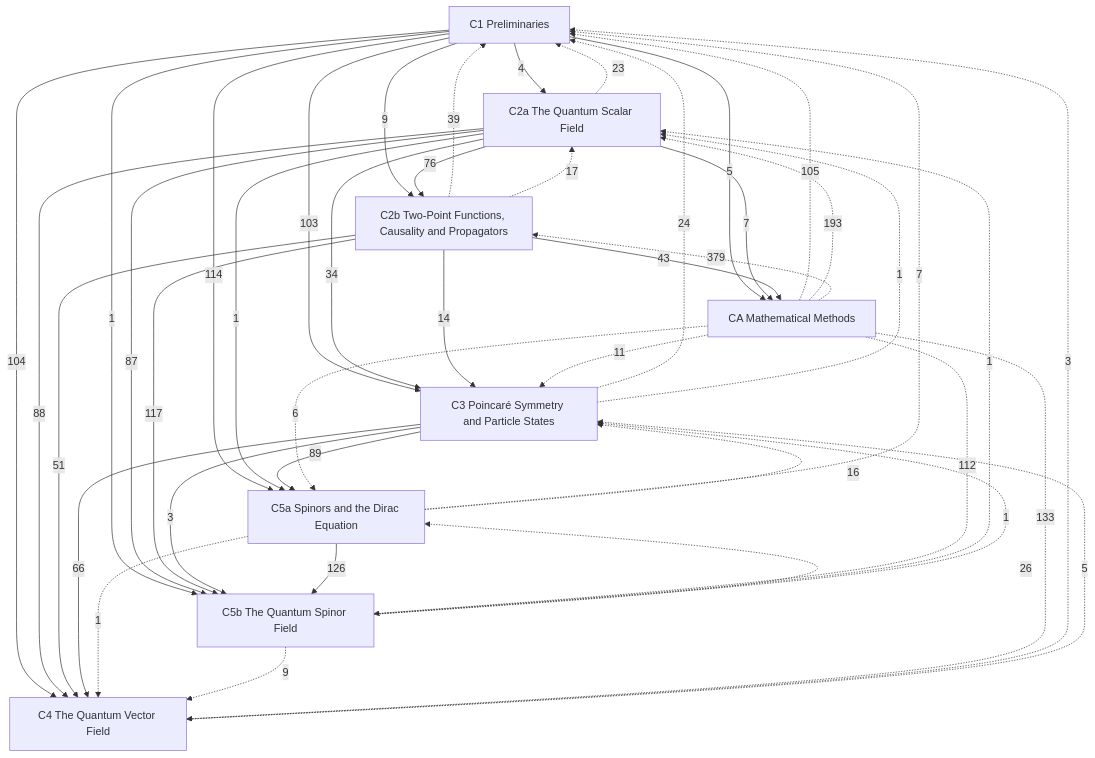
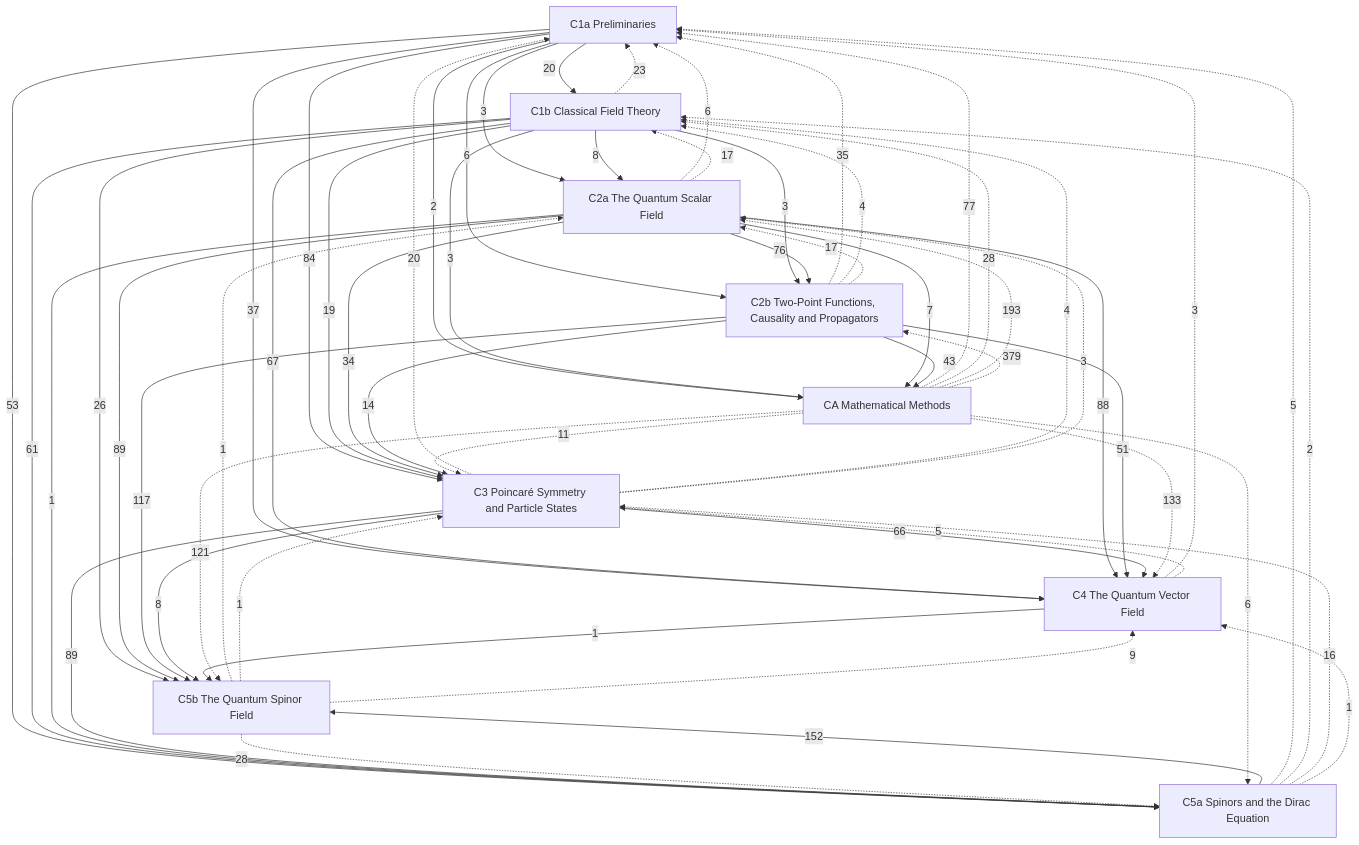
Before and after one commit to Onion20040508/notes: the diagram in Physics/Quantum Field Theory/Quantum Field Theory.md, drawn with Mermaid. The commit also changed other lines of this file and 179 other files, not shown here.

````diff
--- a/Physics/Quantum Field Theory/Quantum Field Theory.md
+++ b/Physics/Quantum Field Theory/Quantum Field Theory.md
@@ -27,53 +28,68 @@
 ```mermaid
 graph TD
-  C1["C1 Preliminaries"]
+  C1a["C1a Preliminaries"]
+  C1b["C1b Classical Field Theory"]
   C2a["C2a The Quantum Scalar Field"]
   C2b["C2b Two-Point Functions, Causality and Propagators"]
   C3["C3 Poincaré Symmetry and Particle States"]
   C4["C4 The Quantum Vector Field"]
   C5a["C5a Spinors and the Dirac Equation"]
   C5b["C5b The Quantum Spinor Field"]
   CA["CA Mathematical Methods"]
-  C1 -->|4| C2a
-  C1 -->|9| C2b
+  C1a -->|20| C1b
+  C1a -->|3| C2a
+  C1b -->|8| C2a
+  C1a -->|6| C2b
+  C1b -->|3| C2b
   C2a -->|76| C2b
-  C1 -->|103| C3
+  C1a -->|84| C3
+  C1b -->|19| C3
   C2a -->|34| C3
   C2b -->|14| C3
-  C1 -->|104| C4
+  C1a -->|37| C4
+  C1b -->|67| C4
   C2a -->|88| C4
   C2b -->|51| C4
   C3 -->|66| C4
-  C1 -->|114| C5a
+  C1a -->|53| C5a
+  C1b -->|61| C5a
   C2a -->|1| C5a
   C3 -->|89| C5a
-  C1 -->|1| C5b
-  C2a -->|87| C5b
+  C1b -->|26| C5b
+  C2a -->|89| C5b
   C2b -->|117| C5b
-  C3 -->|3| C5b
-  C5a -->|126| C5b
-  C1 -->|5| CA
+  C3 -->|8| C5b
+  C4 -->|1| C5b
+  C5a -->|152| C5b
+  C1a -->|2| CA
+  C1b -->|3| CA
   C2a -->|7| CA
   C2b -->|43| CA
-  C2a -.->|23| C1
-  C2b -.->|39| C1
-  C3 -.->|24| C1
-  C4 -.->|3| C1
-  C5a -.->|7| C1
-  CA -.->|105| C1
+  C1b -.->|23| C1a
+  C2a -.->|6| C1a
+  C2b -.->|35| C1a
+  C3 -.->|20| C1a
+  C4 -.->|3| C1a
+  C5a -.->|5| C1a
+  CA -.->|77| C1a
+  C2a -.->|17| C1b
+  C2b -.->|4| C1b
+  C3 -.->|4| C1b
+  C5a -.->|2| C1b
+  CA -.->|28| C1b
   C2b -.->|17| C2a
-  C3 -.->|1| C2a
+  C3 -.->|3| C2a
   C5b -.->|1| C2a
   CA -.->|193| C2a
   CA -.->|379| C2b
   C4 -.->|5| C3
   C5a -.->|16| C3
   C5b -.->|1| C3
   CA -.->|11| C3
   C5a -.->|1| C4
   C5b -.->|9| C4
   CA -.->|133| C4
-  C5b -.->|26| C5a
+  C5b -.->|28| C5a
   CA -.->|6| C5a
-  CA -.->|112| C5b
+  CA -.->|121| C5b
 ```
````
